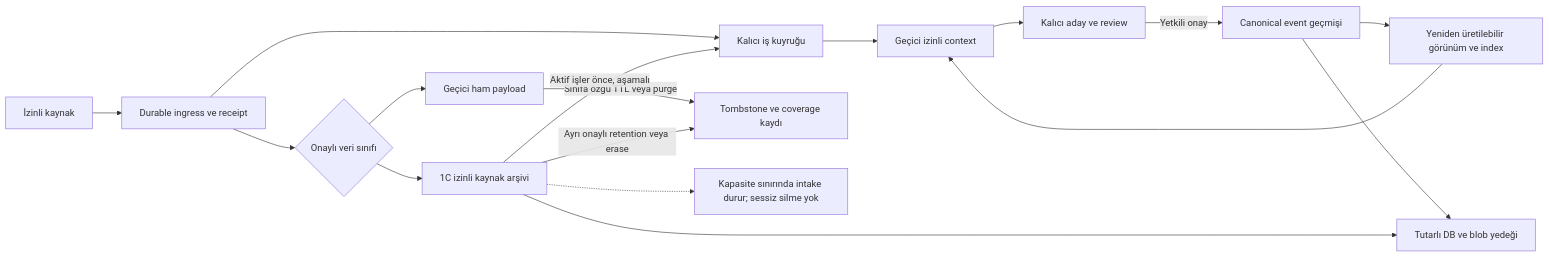
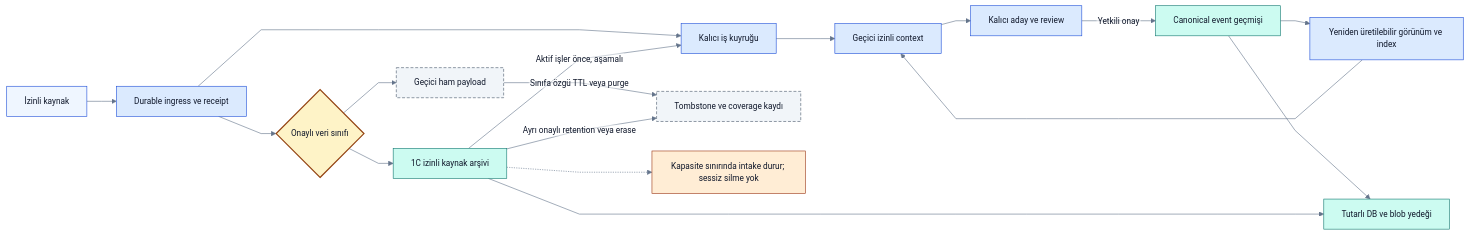
The diagram in docs/architecture/storage-memory-capacity.md (alphanAkbulut/decivora), drawn with Mermaid before and after one commit. The commit also changed other lines of this file and 21 other files, not shown here.

Commit message:
Refresh all Mermaid diagrams, clarify decision states and document rendering evidence

````diff
--- a/docs/architecture/storage-memory-capacity.md
+++ b/docs/architecture/storage-memory-capacity.md
@@ -20,19 +23,34 @@
 ```mermaid
+%%{init: {"theme":"base","themeVariables":{"fontFamily":"Arial, sans-serif","fontSize":"14px","primaryColor":"#eff6ff","primaryTextColor":"#0f172a","primaryBorderColor":"#1d4ed8","lineColor":"#64748b","secondaryColor":"#ccfbf1","tertiaryColor":"#f1f5f9","background":"#ffffff","mainBkg":"#eff6ff","textColor":"#0f172a","clusterBkg":"#f8fafc","clusterBorder":"#94a3b8","edgeLabelBackground":"#ffffff","actorBkg":"#eff6ff","actorTextColor":"#0f172a","actorBorder":"#1d4ed8","signalColor":"#64748b","signalTextColor":"#0f172a","noteBkgColor":"#fef3c7","noteTextColor":"#0f172a","noteBorderColor":"#92400e"},"flowchart":{"htmlLabels":false,"curve":"linear"},"sequence":{"wrap":true},"themeCSS":"background-color:#ffffff;"}}%%
 flowchart LR
+    accTitle: Kalıcı kaynak, geçici context ve purge
+    accDescr: Önerilen tasarım veya açıkça belirtilen sentetik örnek. Renkler alan ve kontrol türünü gösterir; implemented veya passed kanıtı değildir. Yetki, revision ve coverage sınırları korunur.
     SRC[İzinli kaynak] --> IN[Durable ingress ve receipt]
     IN --> CLASS{Onaylı veri sınıfı}
     CLASS --> TMP[Geçici ham payload]
     CLASS --> ARCH[1C izinli kaynak arşivi]
     IN --> JOB[Kalıcı iş kuyruğu]
     JOB --> CTX[Geçici izinli context]
     CTX --> PROP[Kalıcı aday ve review]
     PROP -->|Yetkili onay| EV[Canonical event geçmişi]
     EV --> VIEW[Yeniden üretilebilir görünüm ve index]
     VIEW --> CTX
     TMP -->|Sınıfa özgü TTL veya purge| DEL[Tombstone ve coverage kaydı]
     ARCH -->|Ayrı onaylı retention veya erase| DEL
     ARCH -->|Aktif işler önce, aşamalı| JOB
     ARCH -.-> LIMIT[Kapasite sınırında intake durur; sessiz silme yok]
     EV --> BK[Tutarlı DB ve blob yedeği]
     ARCH --> BK
+    classDef source fill:#eff6ff,stroke:#1d4ed8,color:#0f172a
+    classDef process fill:#dbeafe,stroke:#1d4ed8,color:#0f172a
+    classDef gate fill:#fef3c7,stroke:#92400e,color:#0f172a,stroke-width:2px
+    classDef store fill:#ccfbf1,stroke:#0f766e,color:#0f172a
+    classDef history fill:#f1f5f9,stroke:#475569,color:#0f172a,stroke-dasharray:5 3
+    classDef warning fill:#ffedd5,stroke:#9a3412,color:#0f172a
+    class SRC source
+    class IN,JOB,CTX,PROP,VIEW process
+    class CLASS gate
+    class EV,BK,ARCH store
+    class TMP,DEL history
+    class LIMIT warning
 ```
````
